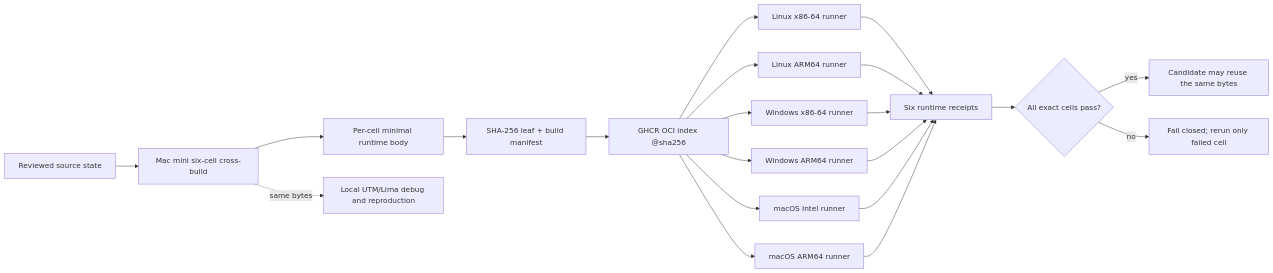
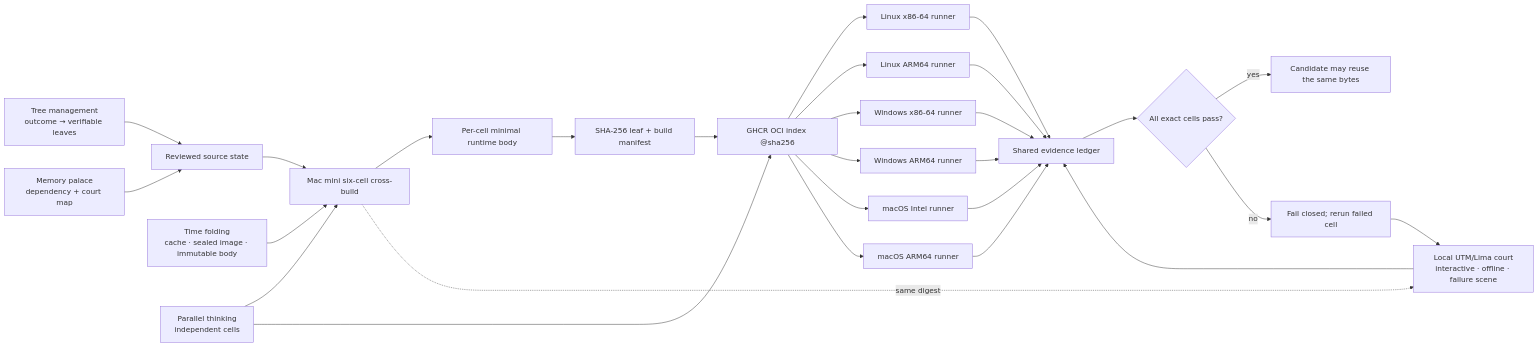
The first of 2 diagrams in prd/PRD_02_27_con_delivery.md (partnernetsoftware/minicon), drawn with Mermaid before and after one commit. The commit also changed other lines of this file and 1 other file, not shown here.

Commit message:
Persist twin-court development goal

````diff
--- a/prd/PRD_02_27_con_delivery.md
+++ b/prd/PRD_02_27_con_delivery.md
@@ -240,18 +274,25 @@
 ```mermaid
 flowchart LR
-    S[Reviewed source state] --> B[Mac mini six-cell cross-build]
+    T[Tree management<br/>outcome → verifiable leaves] --> S[Reviewed source state]
+    M[Memory palace<br/>dependency + court map] --> S
+    S --> B[Mac mini six-cell cross-build]
     B --> P[Per-cell minimal runtime body]
     P --> H[SHA-256 leaf + build manifest]
     H --> O[GHCR OCI index @sha256]
     O --> LX[Linux x86-64 runner]
     O --> LA[Linux ARM64 runner]
     O --> WX[Windows x86-64 runner]
     O --> WA[Windows ARM64 runner]
     O --> MX[macOS Intel runner]
     O --> MA[macOS ARM64 runner]
-    LX & LA & WX & WA & MX & MA --> R[Six runtime receipts]
+    LX & LA & WX & WA & MX & MA --> R[Shared evidence ledger]
     R --> G{All exact cells pass?}
     G -->|yes| C[Candidate may reuse the same bytes]
-    G -->|no| F[Fail closed; rerun only failed cell]
-    B -. same bytes .-> D[Local UTM/Lima debug and reproduction]
+    G -->|no| F[Fail closed; rerun failed cell]
+    B -. same digest .-> D[Local UTM/Lima court<br/>interactive · offline · failure scene]
+    D --> R
+    F --> D
+    TF[Time folding<br/>cache · sealed image · immutable body] --> B
+    PF[Parallel thinking<br/>independent cells] --> B
+    PF --> O
 ```
````
